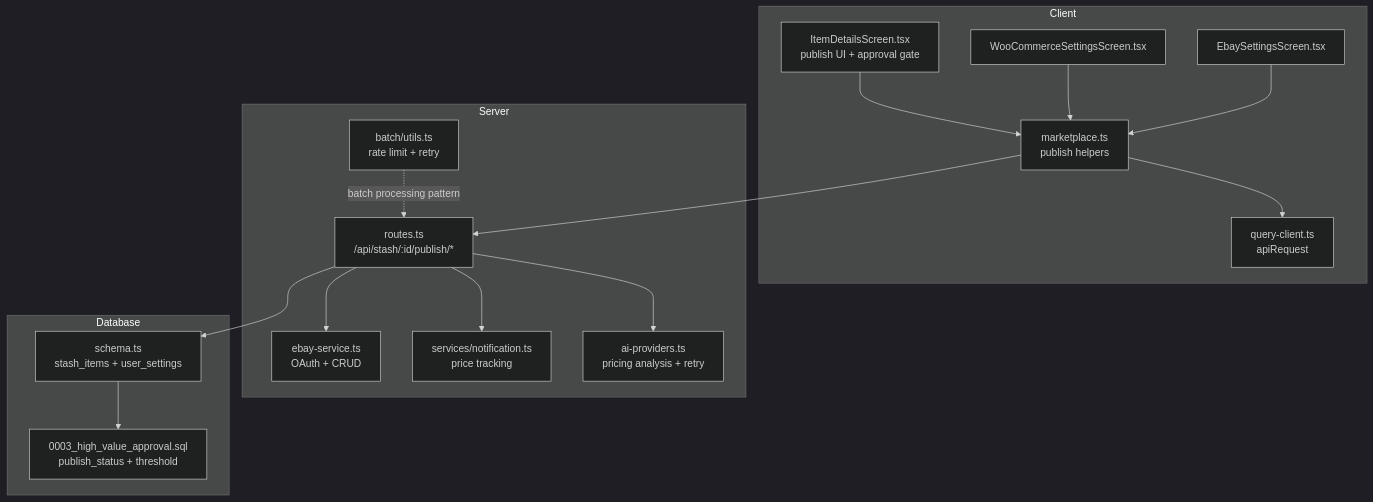
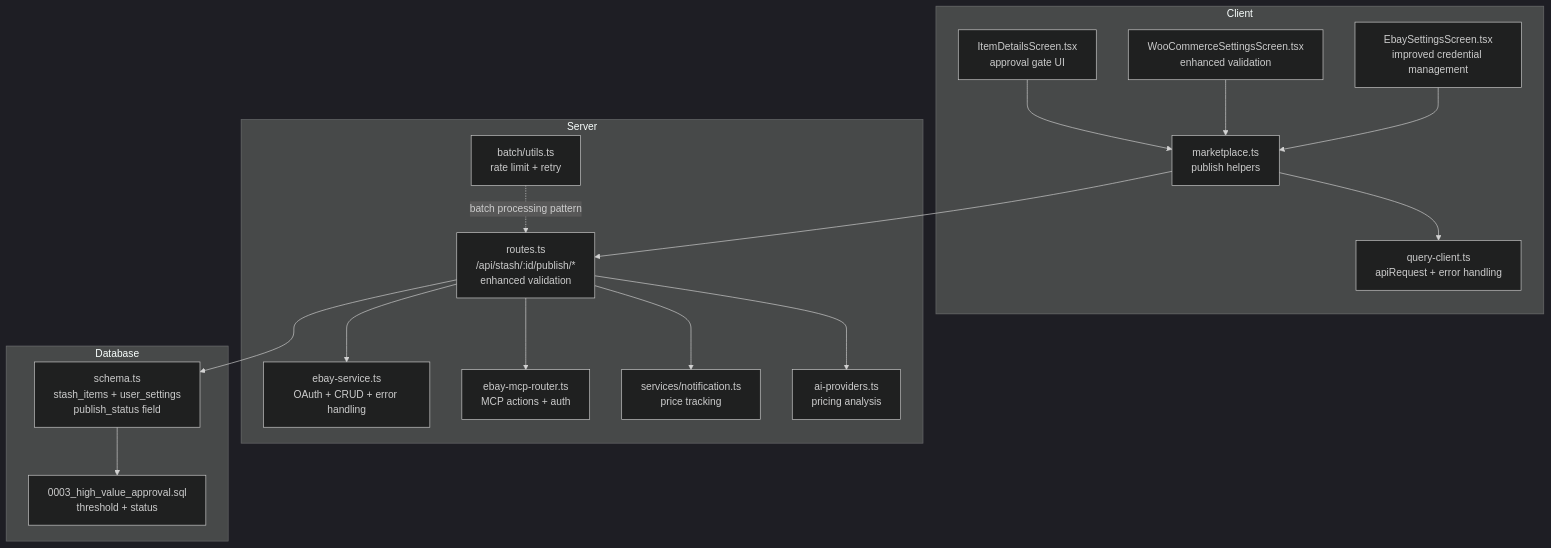
One commit to hunglevi87/Hidden-Gem changed the first of 6 diagrams in .qoder/repowiki/en/content/Marketplace Integration/Marketplace Integration.md. Above: the diagram before and after it, drawn with Mermaid (dark theme). The commit also changed other lines of this file and 14 other files, not shown here.

````diff
--- a/.qoder/repowiki/en/content/Marketplace Integration/Marketplace Integration.md
+++ b/.qoder/repowiki/en/content/Marketplace Integration/Marketplace Integration.md
@@ -58,32 +62,34 @@
 ```mermaid
 graph TB
 subgraph "Client"
 MP["marketplace.ts<br/>publish helpers"]
-Q["query-client.ts<br/>apiRequest"]
-WC["WooCommerceSettingsScreen.tsx"]
-EB["EbaySettingsScreen.tsx"]
-ID["ItemDetailsScreen.tsx<br/>publish UI + approval gate"]
+Q["query-client.ts<br/>apiRequest + error handling"]
+WC["WooCommerceSettingsScreen.tsx<br/>enhanced validation"]
+EB["EbaySettingsScreen.tsx<br/>improved credential management"]
+ID["ItemDetailsScreen.tsx<br/>approval gate UI"]
 end
 subgraph "Server"
-RT["routes.ts<br/>/api/stash/:id/publish/*"]
-ES["ebay-service.ts<br/>OAuth + CRUD"]
+RT["routes.ts<br/>/api/stash/:id/publish/*<br/>enhanced validation"]
+ES["ebay-service.ts<br/>OAuth + CRUD + error handling"]
+MCP["ebay-mcp-router.ts<br/>MCP actions + auth"]
 NT["services/notification.ts<br/>price tracking"]
 BT["batch/utils.ts<br/>rate limit + retry"]
-AI["ai-providers.ts<br/>pricing analysis + retry"]
+AI["ai-providers.ts<br/>pricing analysis"]
 end
 subgraph "Database"
-SC["schema.ts<br/>stash_items + user_settings"]
-MIG["0003_high_value_approval.sql<br/>publish_status + threshold"]
+SC["schema.ts<br/>stash_items + user_settings<br/>publish_status field"]
+MIG["0003_high_value_approval.sql<br/>threshold + status"]
 end
 MP --> Q
 ID --> MP
 WC --> MP
 EB --> MP
 MP --> RT
 RT --> ES
+RT --> MCP
 RT --> NT
 RT --> AI
 RT --> SC
 SC --> MIG
 BT -. "batch processing pattern" .-> RT
 ```
````
